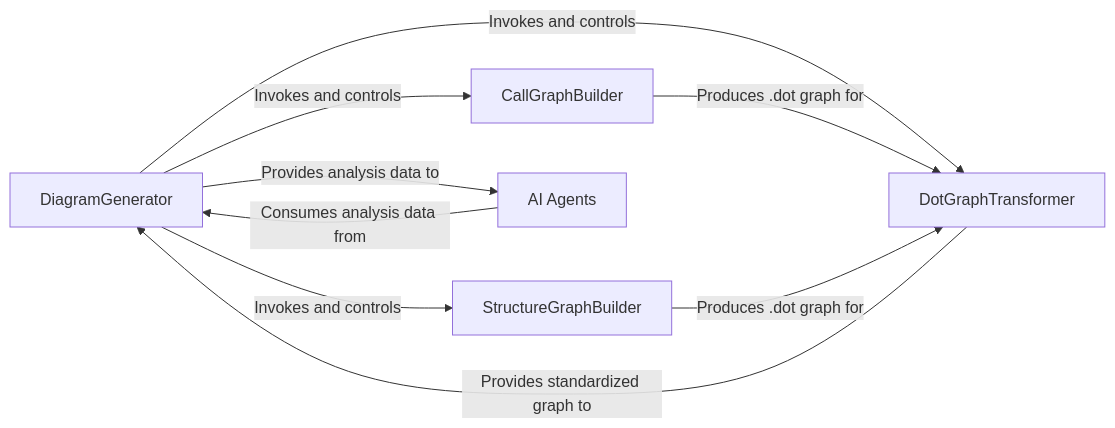
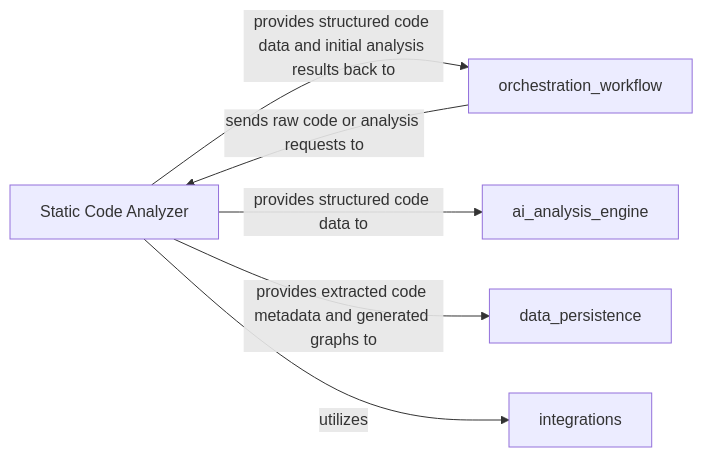
The diagram in .codeboarding/Static_Code_Analyzer.md (mariyam866/CodeBoarding), drawn with Mermaid before and after one commit. The commit also changed other lines of this file and 11 other files, not shown here.

First line of the commit message:
docs: update codeboarding documentation and generate architecture

````diff
--- a/.codeboarding/Static_Code_Analyzer.md
+++ b/.codeboarding/Static_Code_Analyzer.md
@@ -1,16 +1,14 @@
 ```mermaid
 graph LR
-    DiagramGenerator["DiagramGenerator"]
-    CallGraphBuilder["CallGraphBuilder"]
-    StructureGraphBuilder["StructureGraphBuilder"]
-    DotGraphTransformer["DotGraphTransformer"]
-    AI_Agents["AI Agents"]
-    DiagramGenerator -- "Invokes and controls" --> CallGraphBuilder
-    DiagramGenerator -- "Invokes and controls" --> StructureGraphBuilder
-    DiagramGenerator -- "Invokes and controls" --> DotGraphTransformer
-    DiagramGenerator -- "Provides analysis data to" --> AI_Agents
-    CallGraphBuilder -- "Produces .dot graph for" --> DotGraphTransformer
-    StructureGraphBuilder -- "Produces .dot graph for" --> DotGraphTransformer
-    DotGraphTransformer -- "Provides standardized graph to" --> DiagramGenerator
-    AI_Agents -- "Consumes analysis data from" --> DiagramGenerator
+    Static_Code_Analyzer["Static Code Analyzer"]
+    orchestration_workflow["orchestration_workflow"]
+    ai_analysis_engine["ai_analysis_engine"]
+    data_persistence["data_persistence"]
+    integrations["integrations"]
+    orchestration_workflow -- "sends raw code or analysis requests to" --> Static_Code_Analyzer
+    Static_Code_Analyzer -- "provides structured code data and initial analysis results back to" --> orchestration_workflow
+    Static_Code_Analyzer -- "provides structured code data to" --> ai_analysis_engine
+    Static_Code_Analyzer -- "provides extracted code metadata and generated graphs to" --> data_persistence
+    Static_Code_Analyzer -- "utilizes" --> integrations
+    click Static_Code_Analyzer href "https://github.com/CodeBoarding/CodeBoarding/blob/main/.codeboarding/Static_Code_Analyzer.md" "Details"
 ```
````
